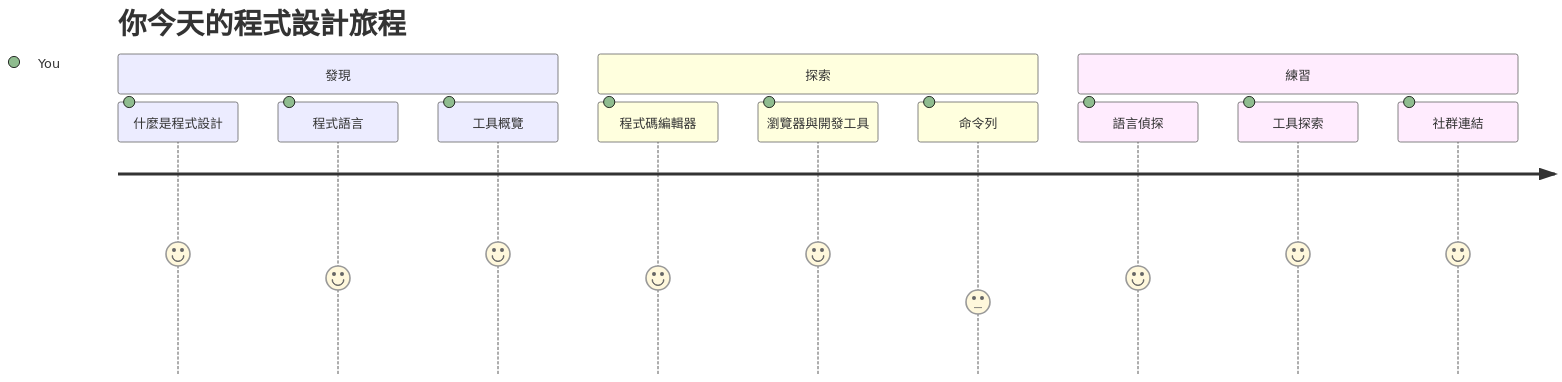
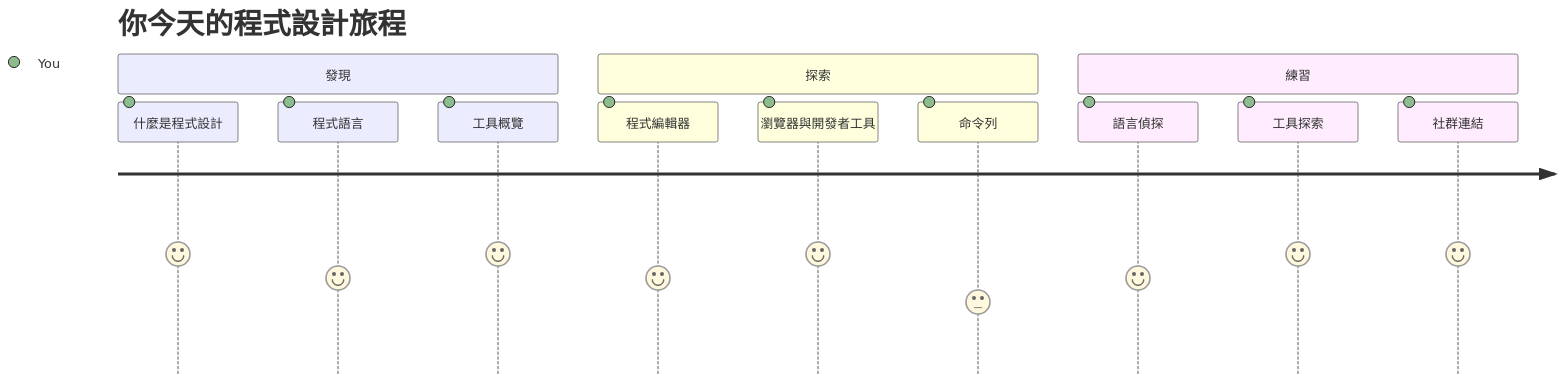
One commit to microsoft/Web-Dev-For-Beginners changed the first of 7 diagrams in translations/zh-TW/1-getting-started-lessons/1-intro-to-programming-languages/README.md. Above: the diagram before and after it, drawn with Mermaid. The commit also changed other lines of this file and 11 other files, not shown here.

````diff
--- a/translations/zh-TW/1-getting-started-lessons/1-intro-to-programming-languages/README.md
+++ b/translations/zh-TW/1-getting-started-lessons/1-intro-to-programming-languages/README.md
@@ -14,16 +14,16 @@
 ```mermaid
 journey
     title 你今天的程式設計旅程
     section 發現
       什麼是程式設計: 5: You
       程式語言: 4: You
       工具概覽: 5: You
     section 探索
-      程式碼編輯器: 4: You
-      瀏覽器與開發工具: 5: You
+      程式編輯器: 4: You
+      瀏覽器與開發者工具: 5: You
       命令列: 3: You
     section 練習
       語言偵探: 4: You
       工具探索: 5: You
       社群連結: 5: You
 ```
````
